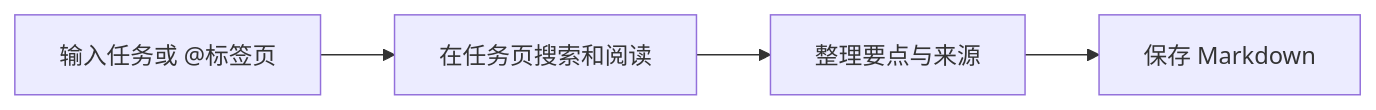
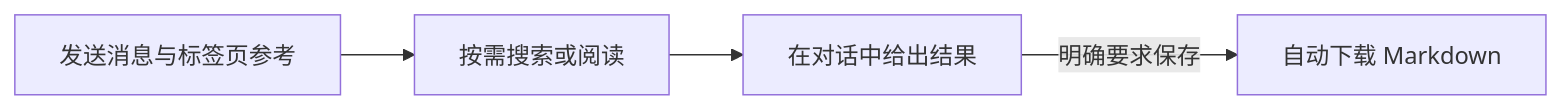
Before and after one commit to RainPot/SpiritBear: the diagram in README.md, drawn with Mermaid. The commit also changed other lines of this file and 19 other files, not shown here.

````diff
--- a/README.md
+++ b/README.md
@@ -19,6 +19,6 @@
 ```mermaid
 flowchart LR
-  A["输入任务或 @标签页"] --> B["在任务页搜索和阅读"]
-  B --> C["整理要点与来源"]
-  C --> D["保存 Markdown"]
+  A["发送消息与标签页参考"] --> B["按需搜索或阅读"]
+  B --> C["在对话中给出结果"]
+  C -->|"明确要求保存"| D["自动下载 Markdown"]
 ```
````
